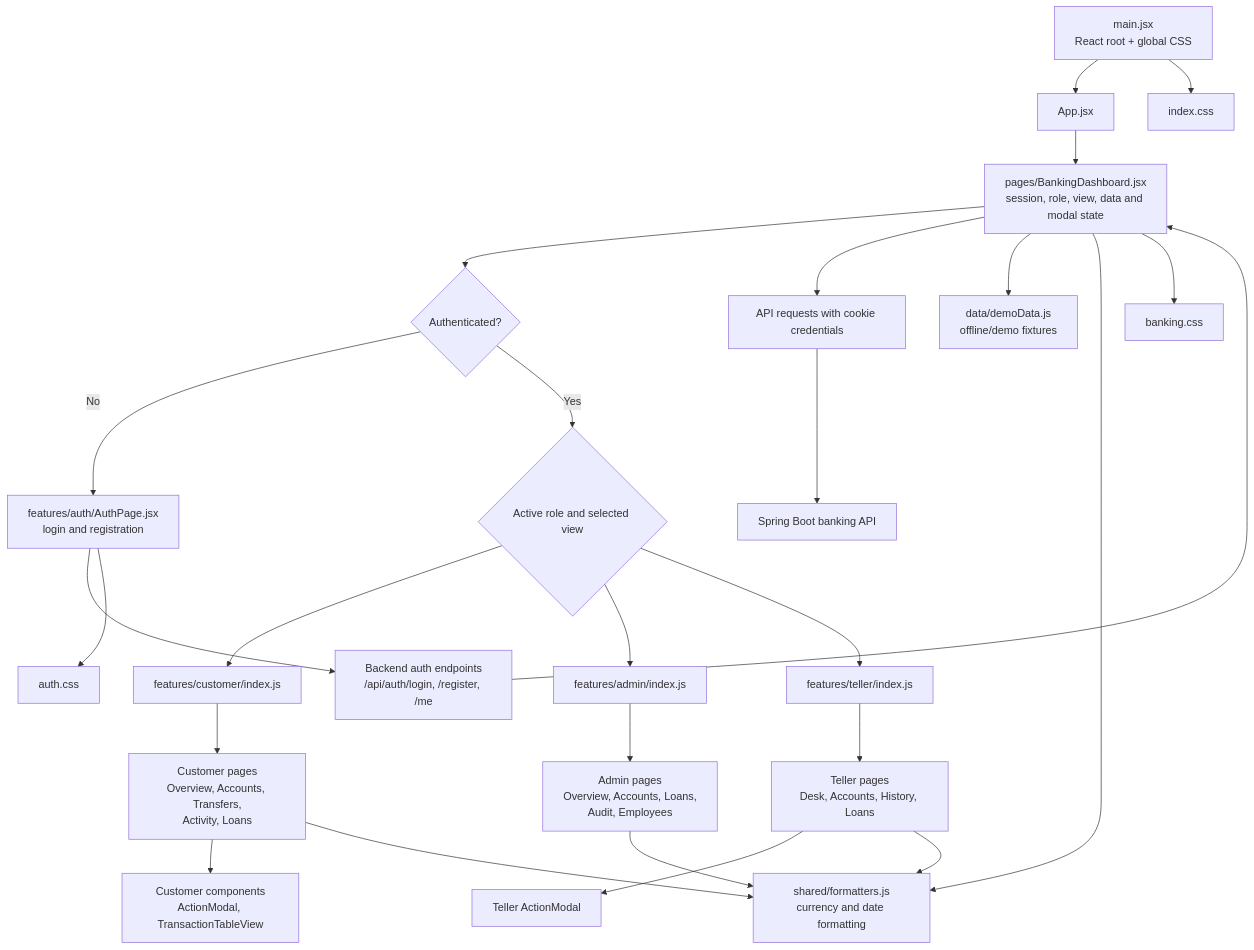
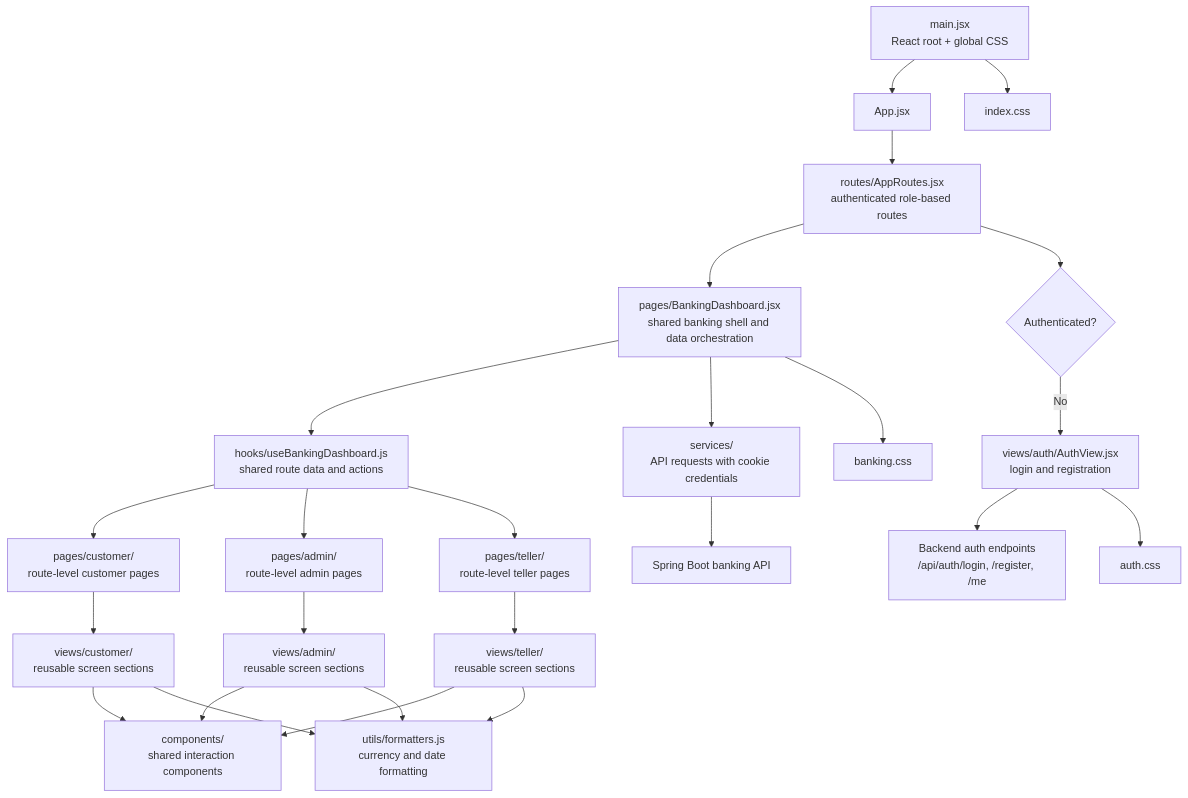
Before and after one commit to AbhishekTaware3142/Banking-Management-system: the diagram in frontend/ARCHITECTURE.md, drawn with Mermaid. The commit also changed other lines of this file and 21 other files, not shown here.

````diff
--- a/frontend/ARCHITECTURE.md
+++ b/frontend/ARCHITECTURE.md
@@ -3,34 +3,32 @@
 ```mermaid
 flowchart TD
     Entry[main.jsx<br/>React root + global CSS] --> App[App.jsx]
-    App --> Shell[pages/BankingDashboard.jsx<br/>session, role, view, data and modal state]
+    App --> Routes[routes/AppRoutes.jsx<br/>authenticated role-based routes]
+    Routes --> Shell[pages/BankingDashboard.jsx<br/>shared banking shell and data orchestration]
 
-    Shell --> Auth{Authenticated?}
-    Auth -- No --> Login[features/auth/AuthPage.jsx<br/>login and registration]
+    Routes --> Auth{Authenticated?}
+    Auth -- No --> Login[views/auth/AuthView.jsx<br/>login and registration]
     Login --> AuthAPI[Backend auth endpoints<br/>/api/auth/login, /register, /me]
-    AuthAPI --> Shell
 
-    Auth -- Yes --> Role{Active role and selected view}
-    Role --> Customer[features/customer/index.js]
-    Role --> Admin[features/admin/index.js]
-    Role --> Teller[features/teller/index.js]
+    Shell --> Context[hooks/useBankingDashboard.js<br/>shared route data and actions]
+    Context --> Customer[pages/customer/<br/>route-level customer pages]
+    Context --> Admin[pages/admin/<br/>route-level admin pages]
+    Context --> Teller[pages/teller/<br/>route-level teller pages]
 
-    Customer --> CustomerPages[Customer pages<br/>Overview, Accounts, Transfers,<br/>Activity, Loans]
-    CustomerPages --> CustomerComponents[Customer components<br/>ActionModal, TransactionTableView]
+    Customer --> CustomerViews[views/customer/<br/>reusable screen sections]
+    Admin --> AdminViews[views/admin/<br/>reusable screen sections]
+    Teller --> TellerViews[views/teller/<br/>reusable screen sections]
+    CustomerViews --> SharedComponents[components/<br/>shared interaction components]
+    AdminViews --> SharedComponents
+    TellerViews --> SharedComponents
 
-    Admin --> AdminPages[Admin pages<br/>Overview, Accounts, Loans,<br/>Audit, Employees]
-    Teller --> TellerPages[Teller pages<br/>Desk, Accounts, History, Loans]
-    TellerPages --> TellerComponents[Teller ActionModal]
-
-    Shell --> API[API requests with cookie credentials]
-    API --> BankingAPI[Spring Boot banking API]
-    Shell --> Demo[data/demoData.js<br/>offline/demo fixtures]
-    Shell --> Format[shared/formatters.js<br/>currency and date formatting]
-    CustomerPages --> Format
-    AdminPages --> Format
-    TellerPages --> Format
+    Shell --> Services[services/<br/>API requests with cookie credentials]
+    Services --> BankingAPI[Spring Boot banking API]
+    CustomerViews --> Format[utils/formatters.js<br/>currency and date formatting]
+    AdminViews --> Format
+    TellerViews --> Format
 
     Shell --> Styles[banking.css]
     Login --> AuthStyles[auth.css]
     Entry --> GlobalStyles[index.css]
 ```
````
